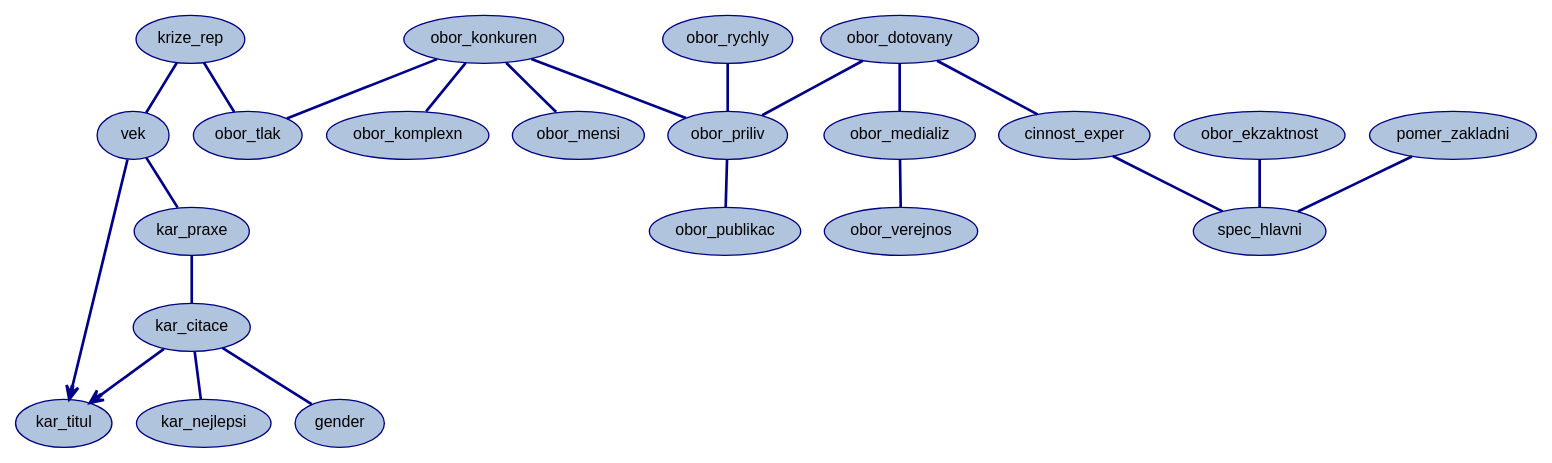
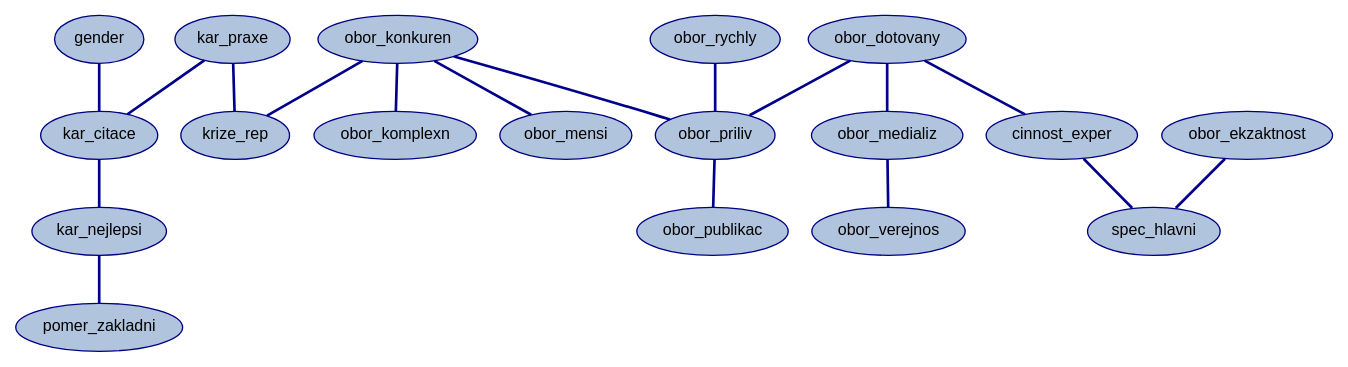
One commit to cyberklezmer/nature_replication changed the diagram in data_and_R_src/network.dot. Above: the diagram before and after it, drawn with Graphviz. The commit also changed 17 other files, not shown here.

```diff
--- a/data_and_R_src/network.dot
+++ b/data_and_R_src/network.dot
@@ -1,52 +1,44 @@
 digraph BN {
   graph [layout="dot", rankdir="TB", bgcolor="white"];
   node [shape="ellipse", style="filled", fillcolor="lightsteelblue", 
         color="navy", fontcolor="black", fontname="Arial", fontsize="12"];
   
-  "krize_rep" [label="krize_rep"];
+  "gender" [label="gender"];
+  "kar_praxe" [label="kar_praxe"];
+  "kar_citace" [label="kar_citace"];
+  "kar_nejlepsi" [label="kar_nejlepsi"];
+  "pomer_zakladni" [label="pomer_zakladni"];
   "obor_dotovany" [label="obor_dotovany"];
   "obor_konkuren" [label="obor_konkuren"];
-  "obor_tlak" [label="obor_tlak"];
   "obor_rychly" [label="obor_rychly"];
   "obor_priliv" [label="obor_priliv"];
   "obor_publikac" [label="obor_publikac"];
   "obor_medializ" [label="obor_medializ"];
   "obor_verejnos" [label="obor_verejnos"];
   "obor_komplexn" [label="obor_komplexn"];
   "obor_mensi" [label="obor_mensi"];
+  "cinnost_exper" [label="cinnost_exper"];
   "obor_ekzaktnost" [label="obor_ekzaktnost"];
-  "vek" [label="vek"];
-  "kar_praxe" [label="kar_praxe"];
-  "kar_titul" [label="kar_titul"];
-  "kar_citace" [label="kar_citace"];
-  "pomer_zakladni" [label="pomer_zakladni"];
-  "cinnost_exper" [label="cinnost_exper"];
-  "kar_nejlepsi" [label="kar_nejlepsi"];
-  "gender" [label="gender"];
+  "krize_rep" [label="krize_rep"];
   "spec_hlavni" [label="spec_hlavni"];
 
-  // Directed edges
-  "vek" -> "kar_titul" [arrowhead="vee", color="darkblue", penwidth="2"];
-  "kar_citace" -> "kar_titul" [arrowhead="vee", color="darkblue", penwidth="2"];
 
   // Undirected edges
-  "krize_rep" -> "obor_tlak" [arrowhead="none", arrowtail="none", dir="none", color="darkblue", penwidth="2"];
-  "krize_rep" -> "vek" [arrowhead="none", arrowtail="none", dir="none", color="darkblue", penwidth="2"];
+  "gender" -> "kar_citace" [arrowhead="none", arrowtail="none", dir="none", color="darkblue", penwidth="2"];
+  "kar_praxe" -> "kar_citace" [arrowhead="none", arrowtail="none", dir="none", color="darkblue", penwidth="2"];
+  "kar_praxe" -> "krize_rep" [arrowhead="none", arrowtail="none", dir="none", color="darkblue", penwidth="2"];
+  "kar_citace" -> "kar_nejlepsi" [arrowhead="none", arrowtail="none", dir="none", color="darkblue", penwidth="2"];
+  "kar_nejlepsi" -> "pomer_zakladni" [arrowhead="none", arrowtail="none", dir="none", color="darkblue", penwidth="2"];
   "obor_dotovany" -> "obor_priliv" [arrowhead="none", arrowtail="none", dir="none", color="darkblue", penwidth="2"];
   "obor_dotovany" -> "obor_medializ" [arrowhead="none", arrowtail="none", dir="none", color="darkblue", penwidth="2"];
   "obor_dotovany" -> "cinnost_exper" [arrowhead="none", arrowtail="none", dir="none", color="darkblue", penwidth="2"];
-  "obor_konkuren" -> "obor_tlak" [arrowhead="none", arrowtail="none", dir="none", color="darkblue", penwidth="2"];
   "obor_konkuren" -> "obor_priliv" [arrowhead="none", arrowtail="none", dir="none", color="darkblue", penwidth="2"];
   "obor_konkuren" -> "obor_komplexn" [arrowhead="none", arrowtail="none", dir="none", color="darkblue", penwidth="2"];
   "obor_konkuren" -> "obor_mensi" [arrowhead="none", arrowtail="none", dir="none", color="darkblue", penwidth="2"];
+  "obor_konkuren" -> "krize_rep" [arrowhead="none", arrowtail="none", dir="none", color="darkblue", penwidth="2"];
   "obor_rychly" -> "obor_priliv" [arrowhead="none", arrowtail="none", dir="none", color="darkblue", penwidth="2"];
   "obor_priliv" -> "obor_publikac" [arrowhead="none", arrowtail="none", dir="none", color="darkblue", penwidth="2"];
   "obor_medializ" -> "obor_verejnos" [arrowhead="none", arrowtail="none", dir="none", color="darkblue", penwidth="2"];
+  "cinnost_exper" -> "spec_hlavni" [arrowhead="none", arrowtail="none", dir="none", color="darkblue", penwidth="2"];
   "obor_ekzaktnost" -> "spec_hlavni" [arrowhead="none", arrowtail="none", dir="none", color="darkblue", penwidth="2"];
-  "vek" -> "kar_praxe" [arrowhead="none", arrowtail="none", dir="none", color="darkblue", penwidth="2"];
-  "kar_praxe" -> "kar_citace" [arrowhead="none", arrowtail="none", dir="none", color="darkblue", penwidth="2"];
-  "kar_citace" -> "kar_nejlepsi" [arrowhead="none", arrowtail="none", dir="none", color="darkblue", penwidth="2"];
-  "kar_citace" -> "gender" [arrowhead="none", arrowtail="none", dir="none", color="darkblue", penwidth="2"];
-  "pomer_zakladni" -> "spec_hlavni" [arrowhead="none", arrowtail="none", dir="none", color="darkblue", penwidth="2"];
-  "cinnost_exper" -> "spec_hlavni" [arrowhead="none", arrowtail="none", dir="none", color="darkblue", penwidth="2"];
 }
```
